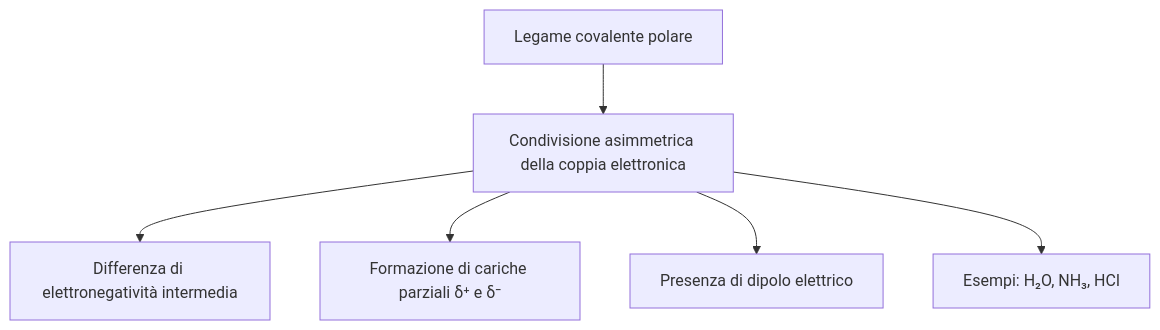
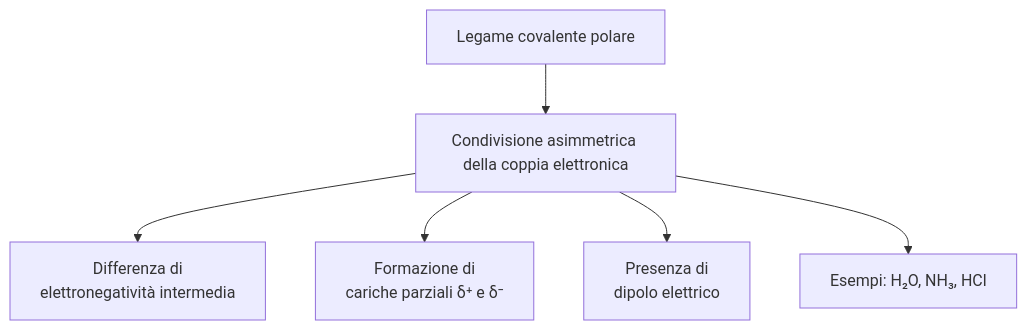
The fifth of 8 diagrams in Chimica/05-mappa-concettuale.md (didattica/CodeCompendium), drawn with Mermaid before and after one commit. The commit also changed other lines of this file, not shown here.

````diff
--- a/Chimica/05-mappa-concettuale.md
+++ b/Chimica/05-mappa-concettuale.md
@@ -77,8 +77,8 @@
 ```mermaid
 flowchart TD
     A[Legame covalente polare] --> B[Condivisione asimmetrica della coppia elettronica]
-    B --> C[Differenza di elettronegatività intermedia]
-    B --> D[Formazione di cariche parziali δ⁺ e δ⁻]
-    B --> E[Presenza di dipolo elettrico]
+    B --> C[Differenza di <br>elettronegatività intermedia]
+    B --> D[Formazione di <br>cariche parziali δ⁺ e δ⁻]
+    B --> E[Presenza di <br>dipolo elettrico]
     B --> F[Esempi: H₂O, NH₃, HCl]
 ```
````
